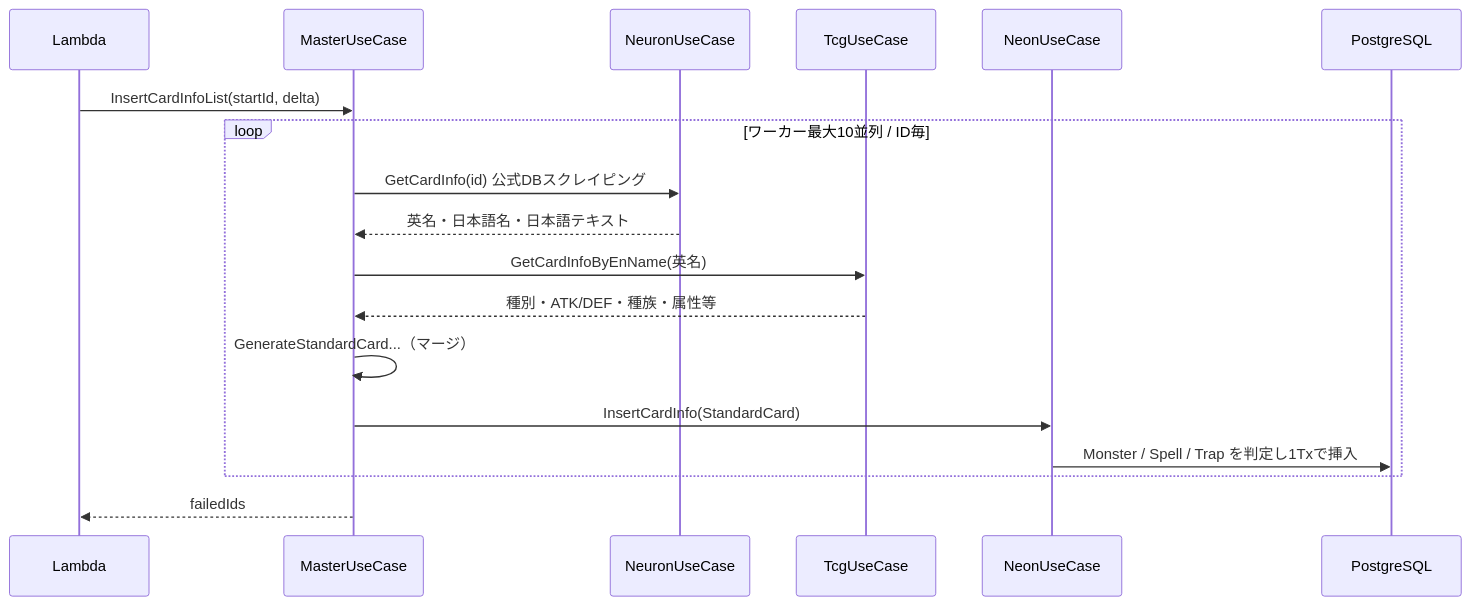
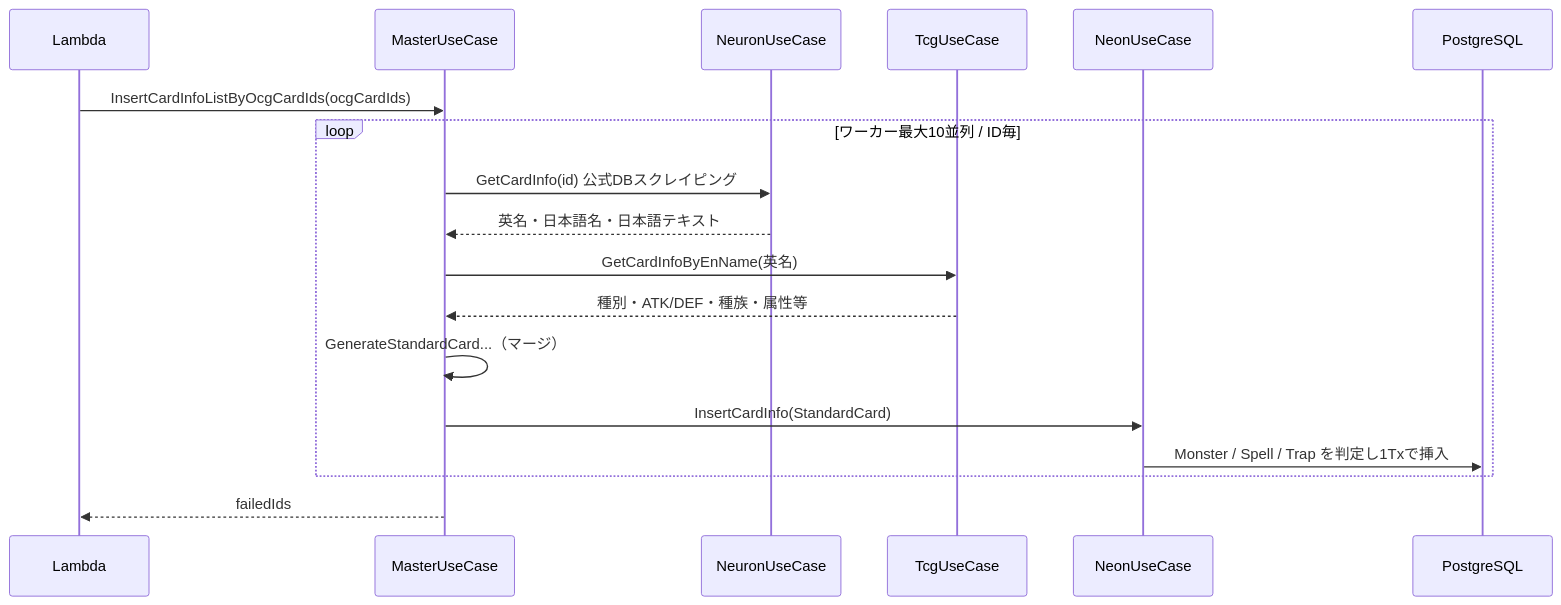
Before and after one commit to atomisu0313/ocg_statistics: the second of 2 diagrams in docs/02_go_architecture/01_infoInsert_repository_analysis.md, drawn with Mermaid. The commit also changed other lines of this file and 12 other files, not shown here.

Commit message:
feat: 【Lambda】cardInfoInsertの入力仕様をocgCardIds配列へ変更しドキュメント同期 #14

````diff
--- a/docs/02_go_architecture/01_infoInsert_repository_analysis.md
+++ b/docs/02_go_architecture/01_infoInsert_repository_analysis.md
@@ -85,21 +85,21 @@
 ```mermaid
 sequenceDiagram
     participant L as Lambda
     participant M as MasterUseCase
     participant N as NeuronUseCase
     participant T as TcgUseCase
     participant D as NeonUseCase
     participant DB as PostgreSQL
 
-    L->>M: InsertCardInfoList(startId, delta)
+    L->>M: InsertCardInfoListByOcgCardIds(ocgCardIds)
     loop ワーカー最大10並列 / ID毎
         M->>N: GetCardInfo(id) 公式DBスクレイピング
         N-->>M: 英名・日本語名・日本語テキスト
         M->>T: GetCardInfoByEnName(英名)
         T-->>M: 種別・ATK/DEF・種族・属性等
         M->>M: GenerateStandardCard...（マージ）
         M->>D: InsertCardInfo(StandardCard)
         D->>DB: Monster / Spell / Trap を判定し1Txで挿入
     end
     M-->>L: failedIds
 ```
````
